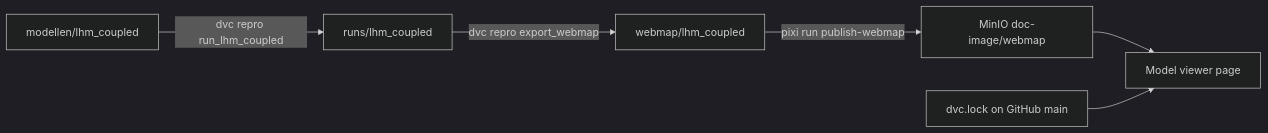
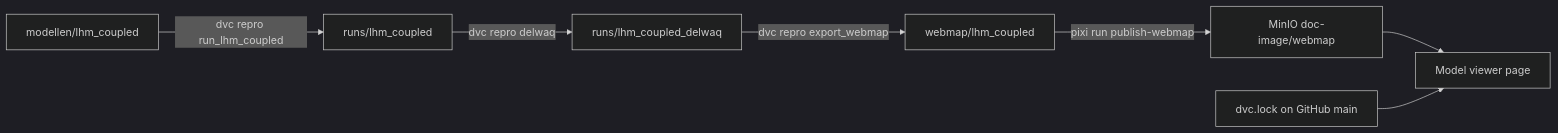
Before and after one commit to Deltares/Ribasim-NL: the diagram in docs/dev/viewer.qmd, drawn with Mermaid (dark theme). The commit also changed other lines of this file and 17 other files, not shown here.

````diff
--- a/docs/dev/viewer.qmd
+++ b/docs/dev/viewer.qmd
@@ -17,8 +17,9 @@
 ```{mermaid}
 flowchart LR
   A[modellen/lhm_coupled] -->|dvc repro run_lhm_coupled| R[runs/lhm_coupled]
-  R -->|dvc repro export_webmap| B[webmap/lhm_coupled]
+  R -->|dvc repro delwaq| W[runs/lhm_coupled_delwaq]
+  W -->|dvc repro export_webmap| B[webmap/lhm_coupled]
   B -->|pixi run publish-webmap| C[MinIO doc-image/webmap]
   C --> D[Model viewer page]
   L[dvc.lock on GitHub main] --> D
 ```
````
